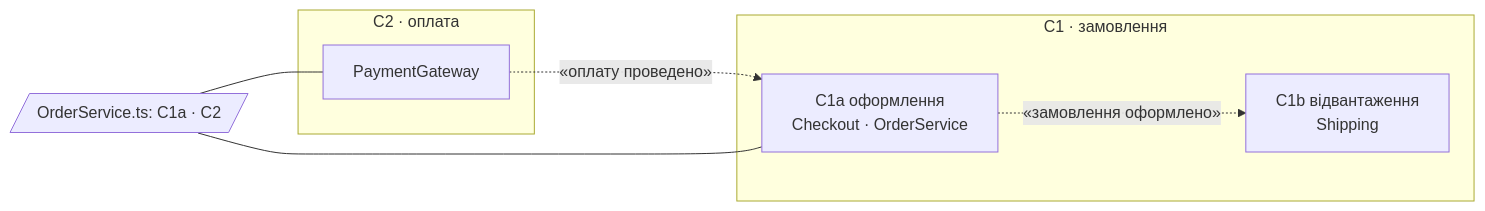
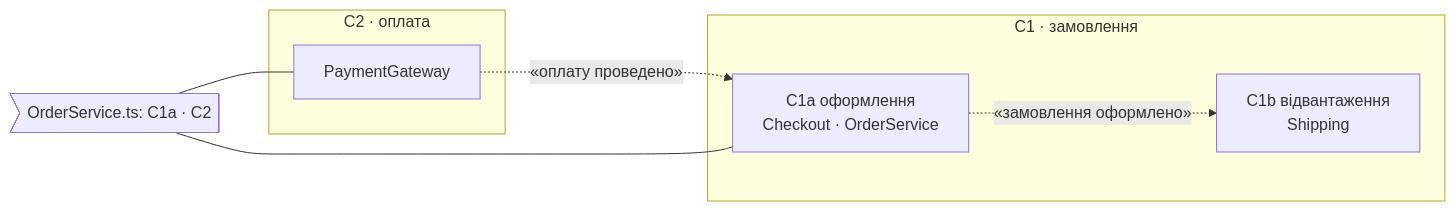
One commit to romxnb/restrukt changed the first of 2 diagrams in skills/restrukt/templates/plan.md. Above: the diagram before and after it, drawn with Mermaid. The commit also changed other lines of this file and 22 other files, not shown here.

````diff
--- a/skills/restrukt/templates/plan.md
+++ b/skills/restrukt/templates/plan.md
@@ -22,14 +22,14 @@
 ```mermaid
 flowchart LR
   subgraph C1 [C1 · замовлення]
     C1a[C1a оформлення<br/>Checkout · OrderService]
     C1b[C1b відвантаження<br/>Shipping]
   end
   subgraph C2 [C2 · оплата]
     PG[PaymentGateway]
   end
   C1a -.->|«замовлення оформлено»| C1b
   PG -.->|«оплату проведено»| C1a
-  OS[/OrderService.ts: C1a · C2/] --- C1a
+  OS>OrderService.ts: C1a · C2] --- C1a
   OS --- PG
 ```
````
